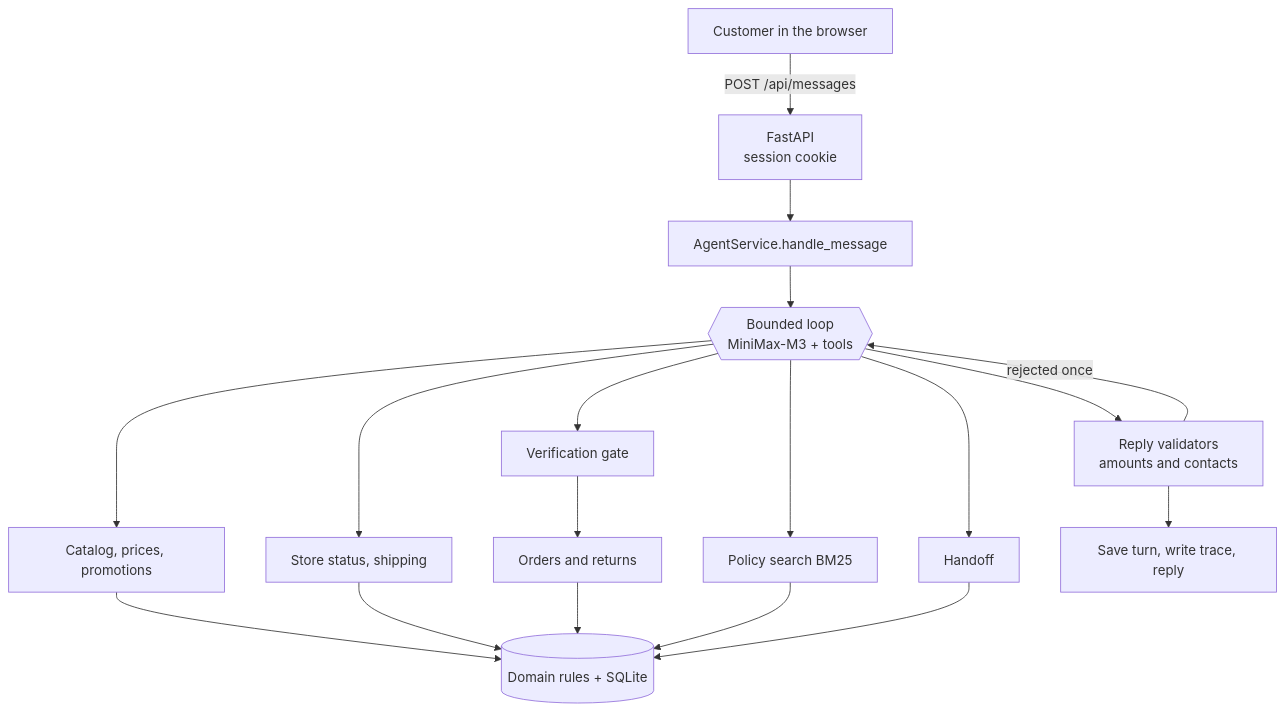
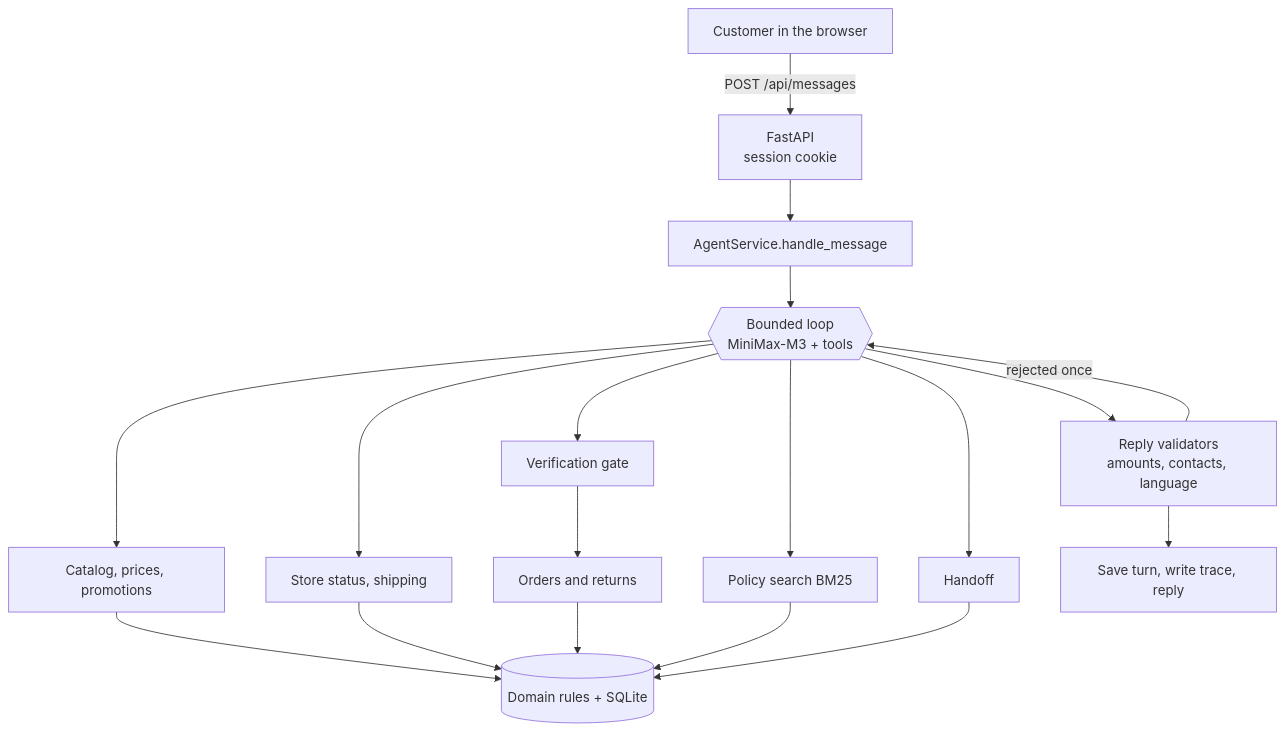
Before and after one commit to ArturFBrandi/artefact-challenge-ai-engineer: the diagram in README.md, drawn with Mermaid. The commit also changed other lines of this file and 7 other files, not shown here.

````diff
--- a/README.md
+++ b/README.md
@@ -45,17 +45,17 @@
 ```mermaid
 flowchart TD
     C[Customer in the browser] -->|POST /api/messages| W[FastAPI<br/>session cookie]
     W --> S[AgentService.handle_message]
     S --> L{{Bounded loop<br/>MiniMax-M3 + tools}}
     L --> T1[Catalog, prices, promotions]
     L --> T2[Policy search BM25]
     L --> T3[Store status, shipping]
     L --> T4[Verification gate]
     T4 --> T5[Orders and returns]
     L --> T6[Handoff]
     T1 & T3 & T5 --> D[(Domain rules + SQLite)]
     T2 & T6 --> D
-    L --> V[Reply validators<br/>amounts and contacts]
+    L --> V[Reply validators<br/>amounts, contacts, language]
     V -->|rejected once| L
     V --> R[Save turn, write trace, reply]
 ```
````
